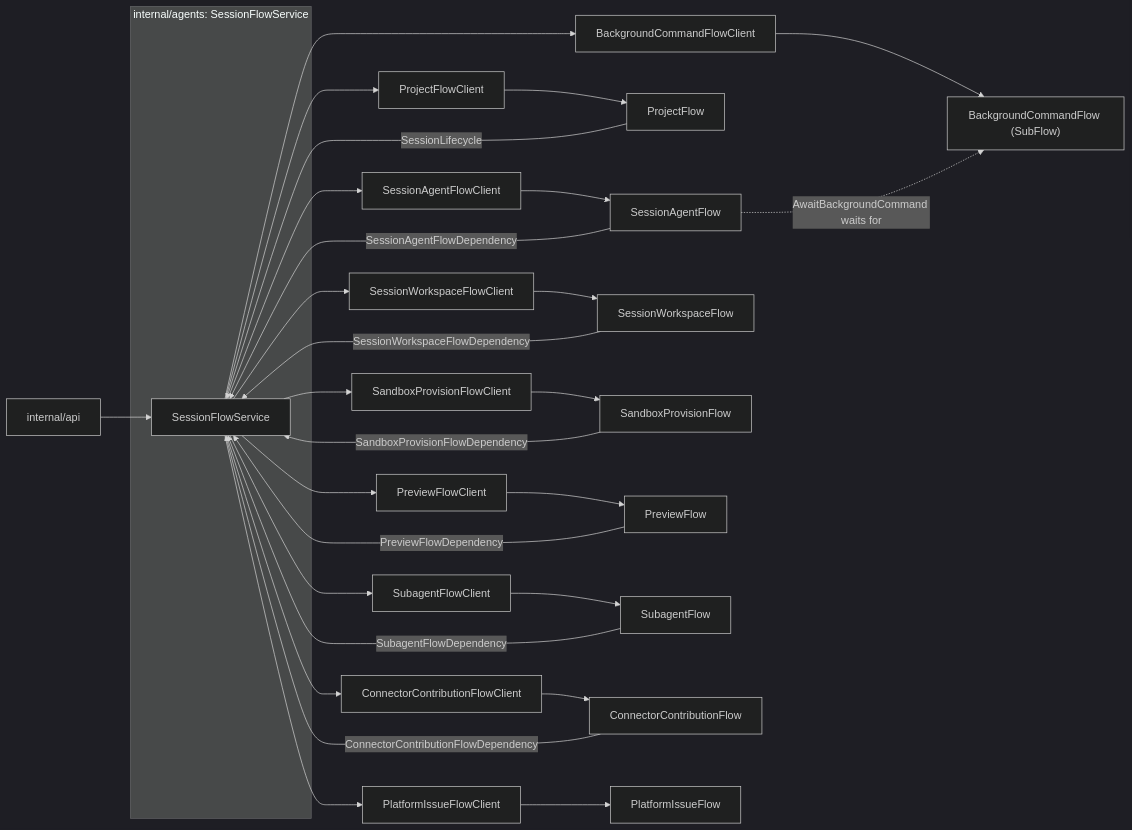
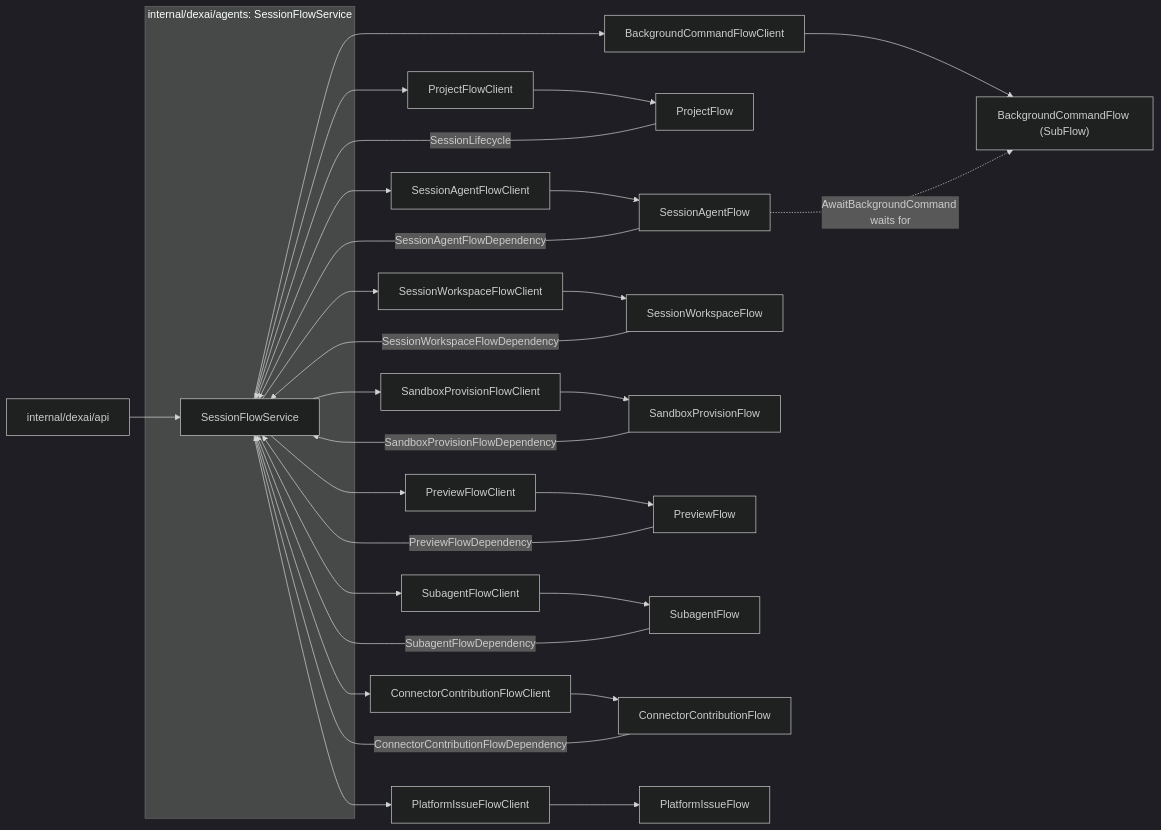
Before and after one commit to superdurable/superverse: the diagram in docs/architecture/agent-harness-design/composition.md, drawn with Mermaid (dark theme). The commit also changed other lines of this file and 1620 other files, not shown here.

First line of the commit message:
INTERNALTREE: move product code into internal/dexai and shared code into internal/comm

````diff
--- a/docs/architecture/agent-harness-design/composition.md
+++ b/docs/architecture/agent-harness-design/composition.md
@@ -40,33 +40,33 @@
 ```mermaid
 flowchart LR
-  api["internal/api"] --> service
-  subgraph agents["internal/agents: SessionFlowService"]
+  api["internal/dexai/api"] --> service
+  subgraph agents["internal/dexai/agents: SessionFlowService"]
     service["SessionFlowService"]
   end
   service --> pc["ProjectFlowClient"]
   service --> ac["SessionAgentFlowClient"]
   service --> sw["SessionWorkspaceFlowClient"]
   service --> vc["SandboxProvisionFlowClient"]
   service --> wc["PreviewFlowClient"]
   service --> bc["SubagentFlowClient"]
   service --> cc["ConnectorContributionFlowClient"]
   service --> ic["PlatformIssueFlowClient"]
   service --> kc["BackgroundCommandFlowClient"]
   pc --> pf["ProjectFlow"]
   ac --> session["SessionAgentFlow"]
   sw --> workspace["SessionWorkspaceFlow"]
   vc --> provision["SandboxProvisionFlow"]
   wc --> preview["PreviewFlow"]
   bc --> subagent["SubagentFlow"]
   cc --> contribution["ConnectorContributionFlow"]
   ic --> issue["PlatformIssueFlow"]
   kc --> watch["BackgroundCommandFlow (SubFlow)"]
   session -. "AwaitBackgroundCommand waits for" .-> watch
   session -- "SessionAgentFlowDependency" --> service
   workspace -- "SessionWorkspaceFlowDependency" --> service
   provision -- "SandboxProvisionFlowDependency" --> service
   preview -- "PreviewFlowDependency" --> service
   subagent -- "SubagentFlowDependency" --> service
   contribution -- "ConnectorContributionFlowDependency" --> service
   pf -- "SessionLifecycle" --> service
 ```
````
